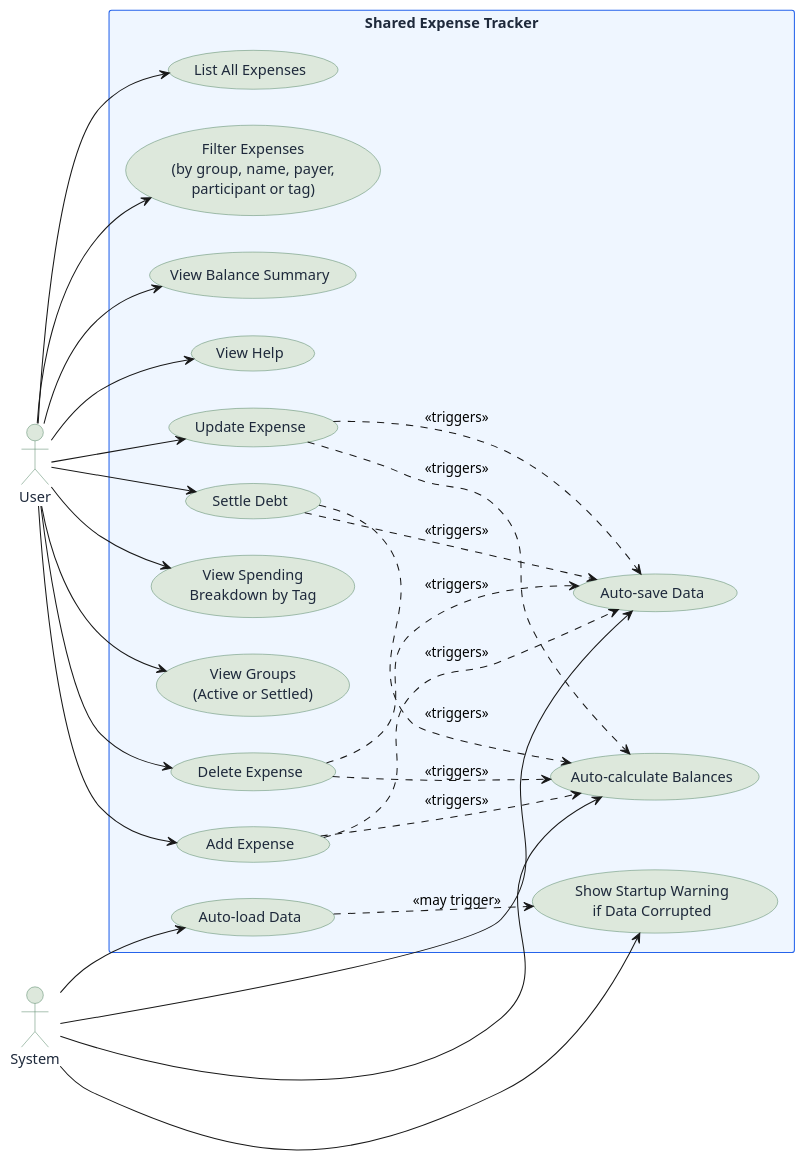
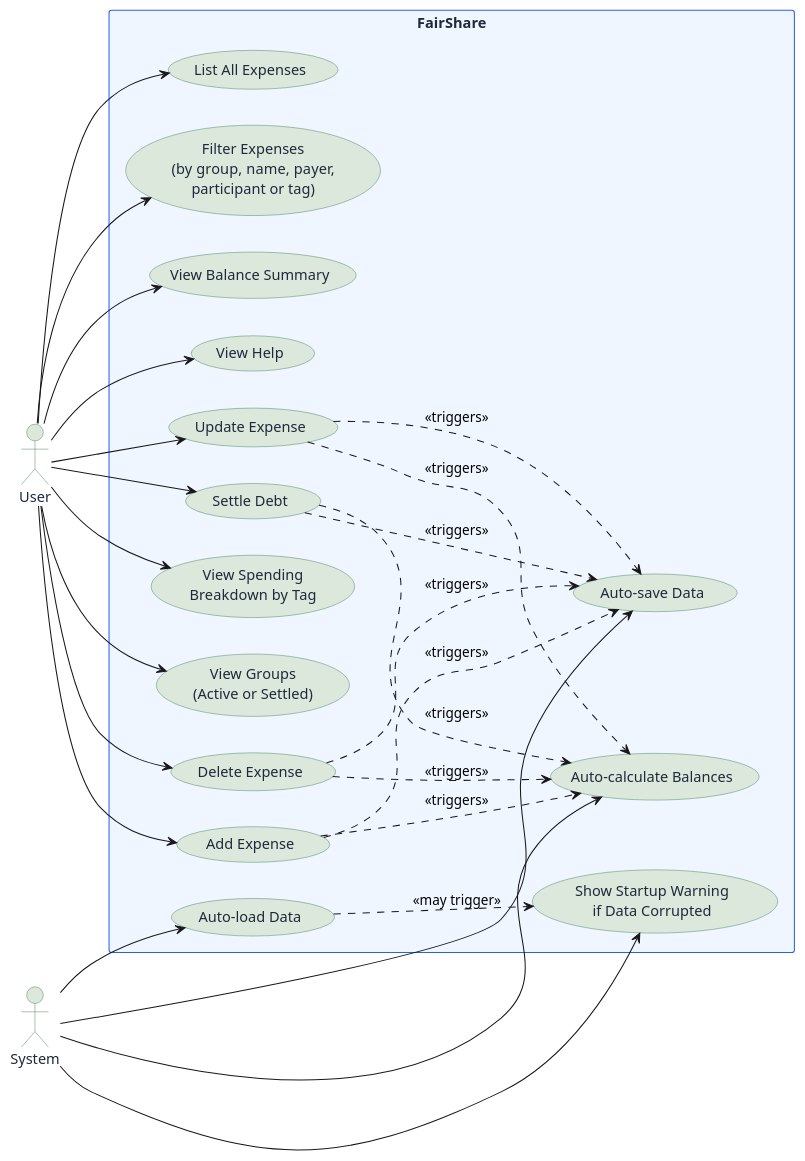
The diagram in docs/architecture/puml/UseCaseDiagram.puml (IV-pratibha-0912/tp), drawn with PlantUML before and after one commit. The commit also changed 1 other file, not shown here.

Commit message:
Update use case diagram

```diff
--- a/docs/architecture/puml/UseCaseDiagram.puml
+++ b/docs/architecture/puml/UseCaseDiagram.puml
@@ -1,71 +1,71 @@
 @startuml
 
 skinparam backgroundColor white
 skinparam defaultFontName Arial
 left to right direction
 
 skinparam usecase {
     BackgroundColor #DDE8DC
     BorderColor #5A8A6A
     FontColor #1E293B
 }
 
 skinparam actor {
     BackgroundColor #DDE8DC
     BorderColor #5A8A6A
     FontColor #1E293B
 }
 
 skinparam rectangle {
     BackgroundColor #EFF6FF
     BorderColor #2563EB
     FontColor #1E293B
 }
 
 actor User as U
 actor System as S
 
-rectangle "Shared Expense Tracker" {
+rectangle "FairShare" {
     usecase "Add Expense" as UC1
     usecase "Delete Expense" as UC2
     usecase "List All Expenses" as UC3
     usecase "Filter Expenses\n(by group, name, payer,\nparticipant or tag)" as UC4
     usecase "View Balance Summary" as UC5
     usecase "View Help" as UC6
     usecase "Update Expense" as UC7
     usecase "Settle Debt" as UC8
     usecase "View Spending\nBreakdown by Tag" as UC9
     usecase "View Groups\n(Active or Settled)" as UC10
     usecase "Auto-calculate Balances" as UC_CALC
     usecase "Auto-save Data" as UC_SAVE
     usecase "Auto-load Data" as UC_LOAD
     usecase "Show Startup Warning\nif Data Corrupted" as UC_WARN
 }
 
 U --> UC1
 U --> UC2
 U --> UC3
 U --> UC4
 U --> UC5
 U --> UC6
 U --> UC7
 U --> UC8
 U --> UC9
 U --> UC10
 
 S --> UC_CALC
 S --> UC_SAVE
 S --> UC_LOAD
 S --> UC_WARN
 
 UC1 .down.> UC_CALC : <<triggers>>
 UC1 .down.> UC_SAVE : <<triggers>>
 UC2 .down.> UC_CALC : <<triggers>>
 UC2 .down.> UC_SAVE : <<triggers>>
 UC7 .down.> UC_CALC : <<triggers>>
 UC7 .down.> UC_SAVE : <<triggers>>
 UC8 .down.> UC_CALC : <<triggers>>
 UC8 .down.> UC_SAVE : <<triggers>>
 UC_LOAD .down.> UC_WARN : <<may trigger>>
 
 @enduml
```
